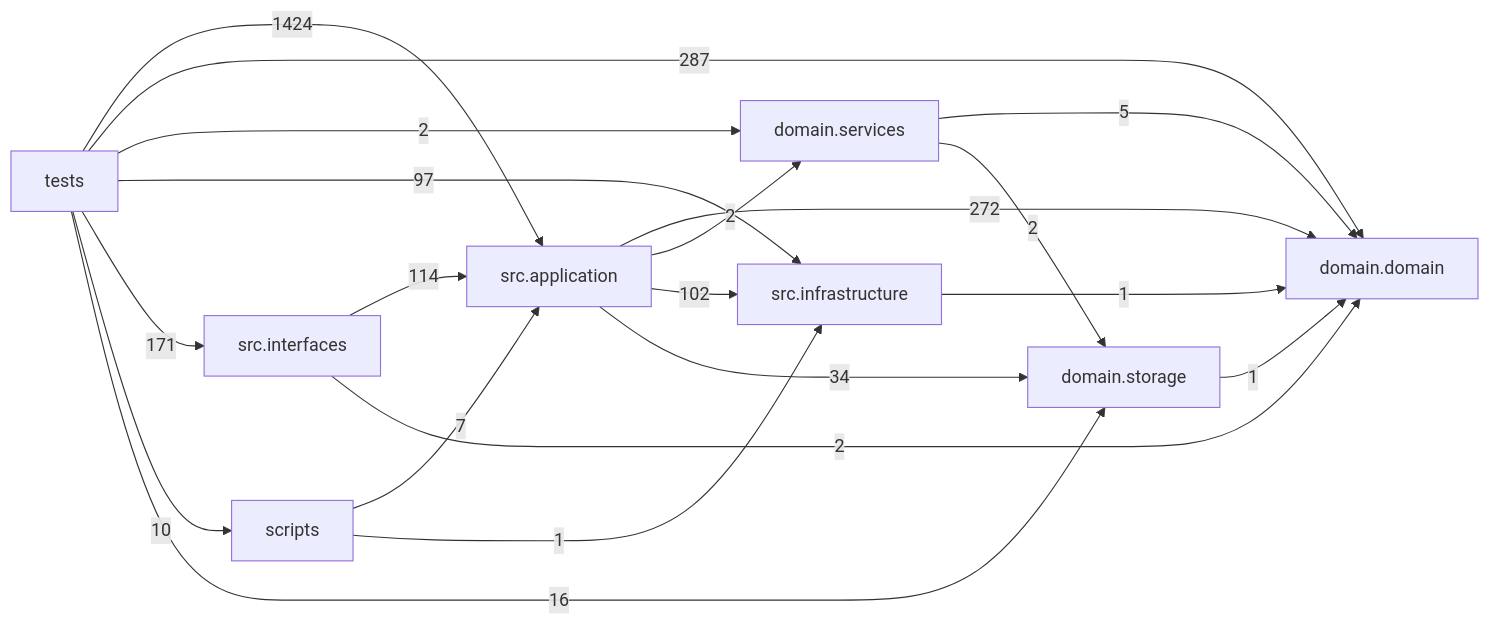
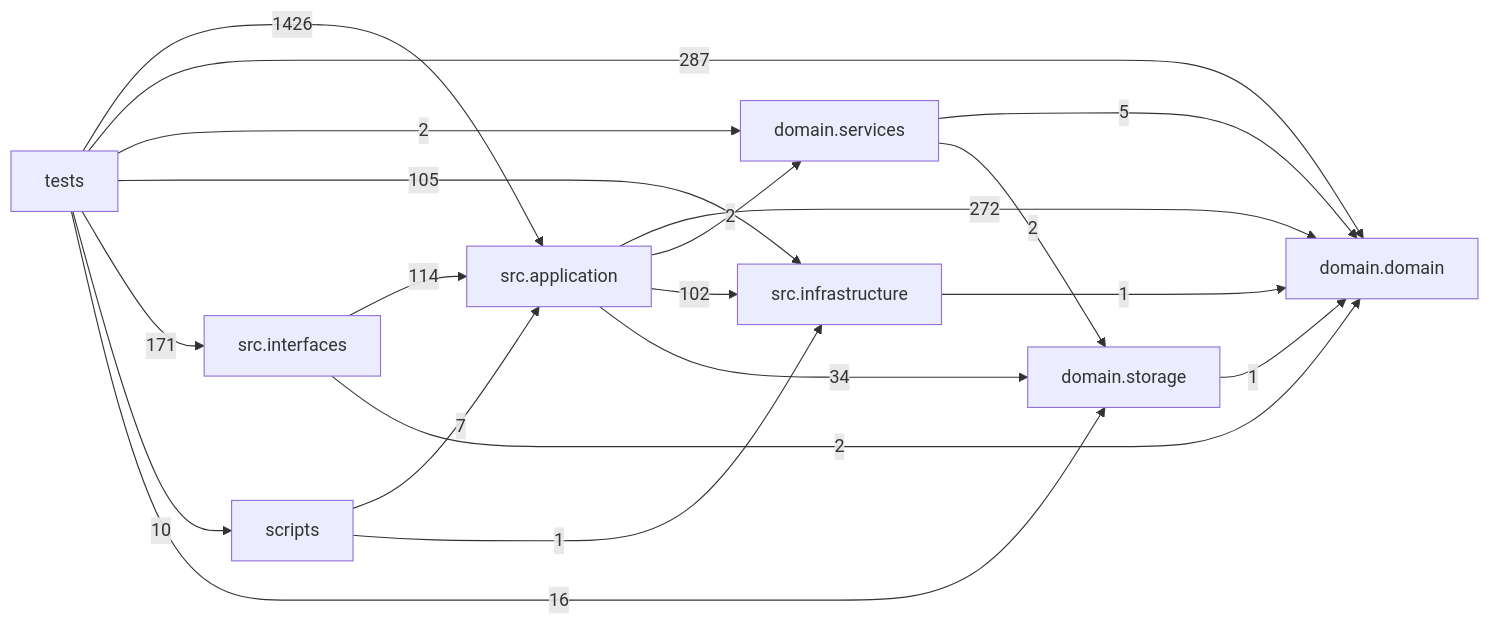
The diagram in docs/DEPENDENCY_GRAPH.md (liuxie066/options-monitor), drawn with Mermaid before and after one commit. The commit also changed other lines of this file and 15 other files, not shown here.

````diff
--- a/docs/DEPENDENCY_GRAPH.md
+++ b/docs/DEPENDENCY_GRAPH.md
@@ -24,30 +24,30 @@
 ```mermaid
 flowchart LR
   tests["tests"]
   scripts["scripts"]
   interfaces["src.interfaces"]
   application["src.application"]
   infrastructure["src.infrastructure"]
   domain_services["domain.services"]
   domain["domain.domain"]
   storage["domain.storage"]
   application -->|272| domain
   application -->|2| domain_services
   application -->|102| infrastructure
   application -->|34| storage
   domain_services -->|5| domain
   domain_services -->|2| storage
   infrastructure -->|1| domain
   interfaces -->|114| application
   interfaces -->|2| domain
   scripts -->|7| application
   scripts -->|1| infrastructure
   storage -->|1| domain
-  tests -->|1424| application
+  tests -->|1426| application
   tests -->|287| domain
   tests -->|2| domain_services
-  tests -->|97| infrastructure
+  tests -->|105| infrastructure
   tests -->|171| interfaces
   tests -->|10| scripts
   tests -->|16| storage
 ```
````
